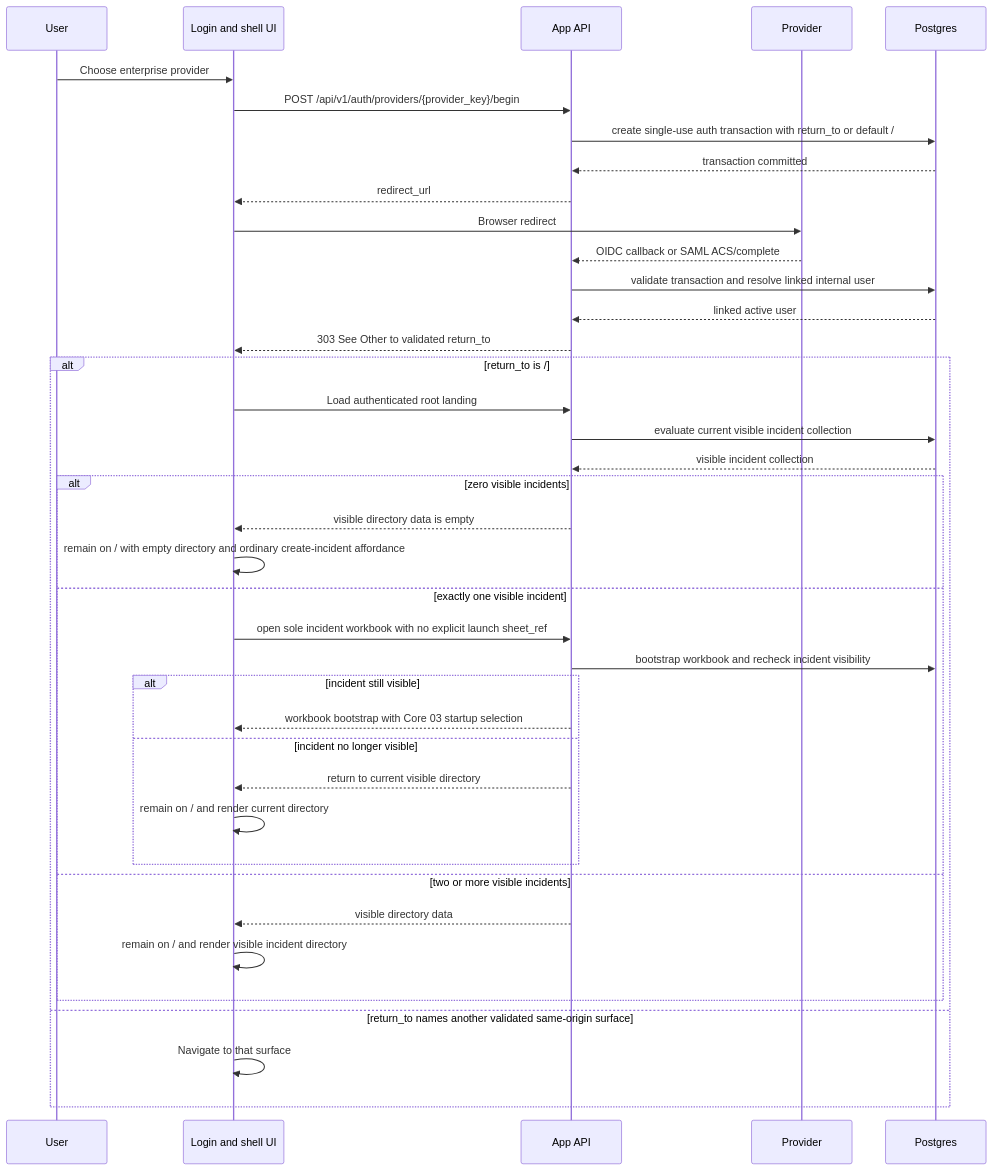
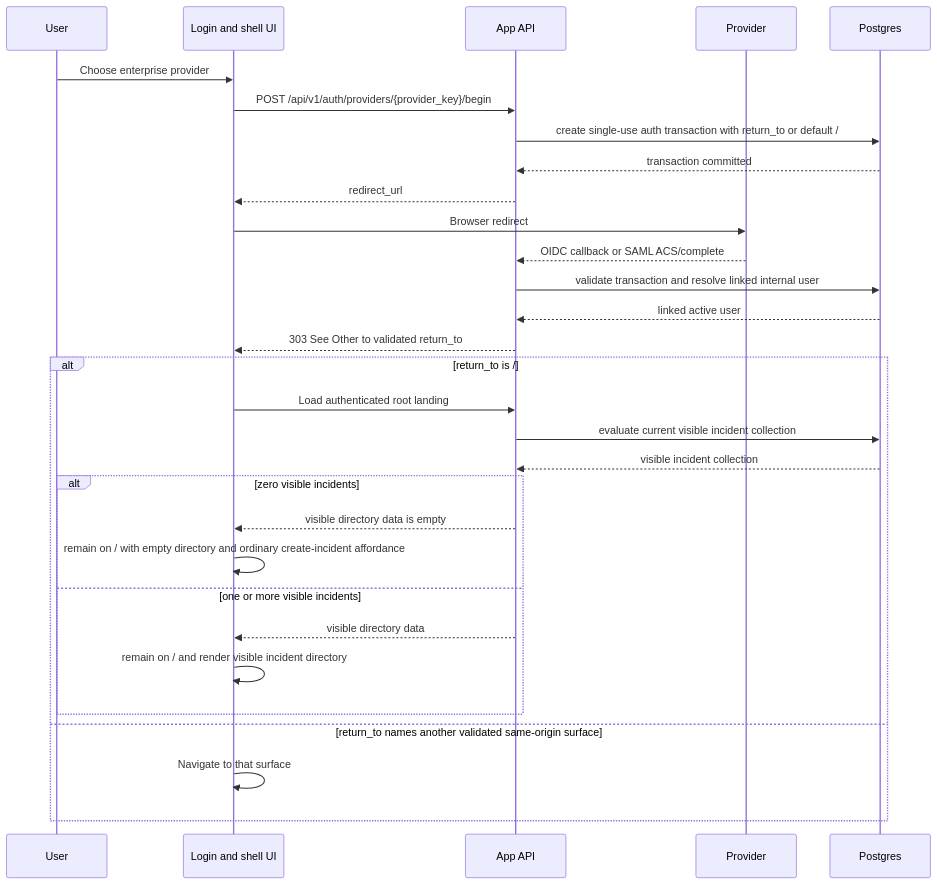
One commit to JochiRaider/cartulary changed diagram 29 of 51 in docs/spec/D_workflow_and_ui_illustrations_source_extract.md. Above: the diagram before and after it, drawn with Mermaid. The commit also changed other lines of this file and 55 other files, not shown here.

Commit message:
Incident-directory refactor 2

````diff
--- a/docs/spec/D_workflow_and_ui_illustrations_source_extract.md
+++ b/docs/spec/D_workflow_and_ui_illustrations_source_extract.md
@@ -1015,42 +1006,33 @@
 ```mermaid
 sequenceDiagram
     participant U as User
     participant UI as Login and shell UI
     participant App as App API
     participant IdP as Provider
     participant PG as Postgres
 
     U->>UI: Choose enterprise provider
     UI->>App: POST /api/v1/auth/providers/{provider_key}/begin
     App->>PG: create single-use auth transaction with return_to or default /
     PG-->>App: transaction committed
     App-->>UI: redirect_url
     UI->>IdP: Browser redirect
     IdP-->>App: OIDC callback or SAML ACS/complete
     App->>PG: validate transaction and resolve linked internal user
     PG-->>App: linked active user
     App-->>UI: 303 See Other to validated return_to
     alt return_to is /
         UI->>App: Load authenticated root landing
         App->>PG: evaluate current visible incident collection
         PG-->>App: visible incident collection
         alt zero visible incidents
             App-->>UI: visible directory data is empty
             UI->>UI: remain on / with empty directory and ordinary create-incident affordance
-        else exactly one visible incident
-            UI->>App: open sole incident workbook with no explicit launch sheet_ref
-            App->>PG: bootstrap workbook and recheck incident visibility
-            alt incident still visible
-                App-->>UI: workbook bootstrap with Core 03 startup selection
-            else incident no longer visible
-                App-->>UI: return to current visible directory
-                UI->>UI: remain on / and render current directory
-            end
-        else two or more visible incidents
+        else one or more visible incidents
             App-->>UI: visible directory data
             UI->>UI: remain on / and render visible incident directory
         end
     else return_to names another validated same-origin surface
         UI->>UI: Navigate to that surface
     end
 ```
````
